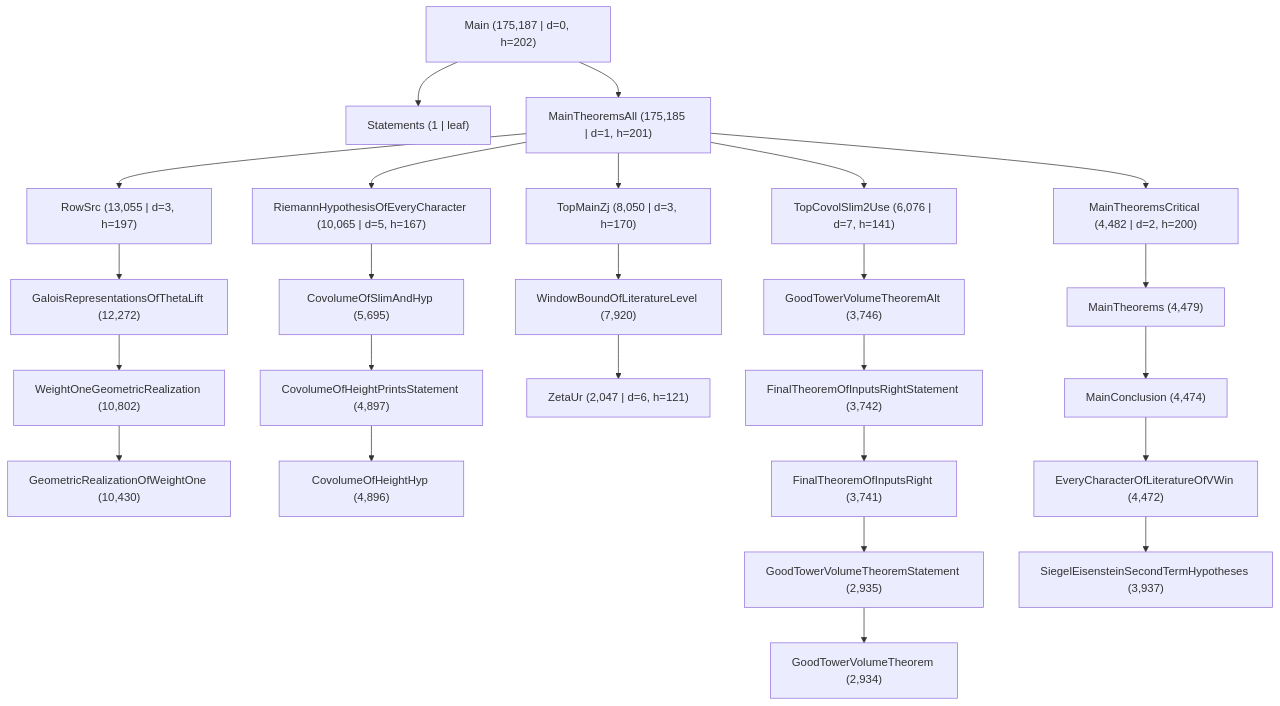
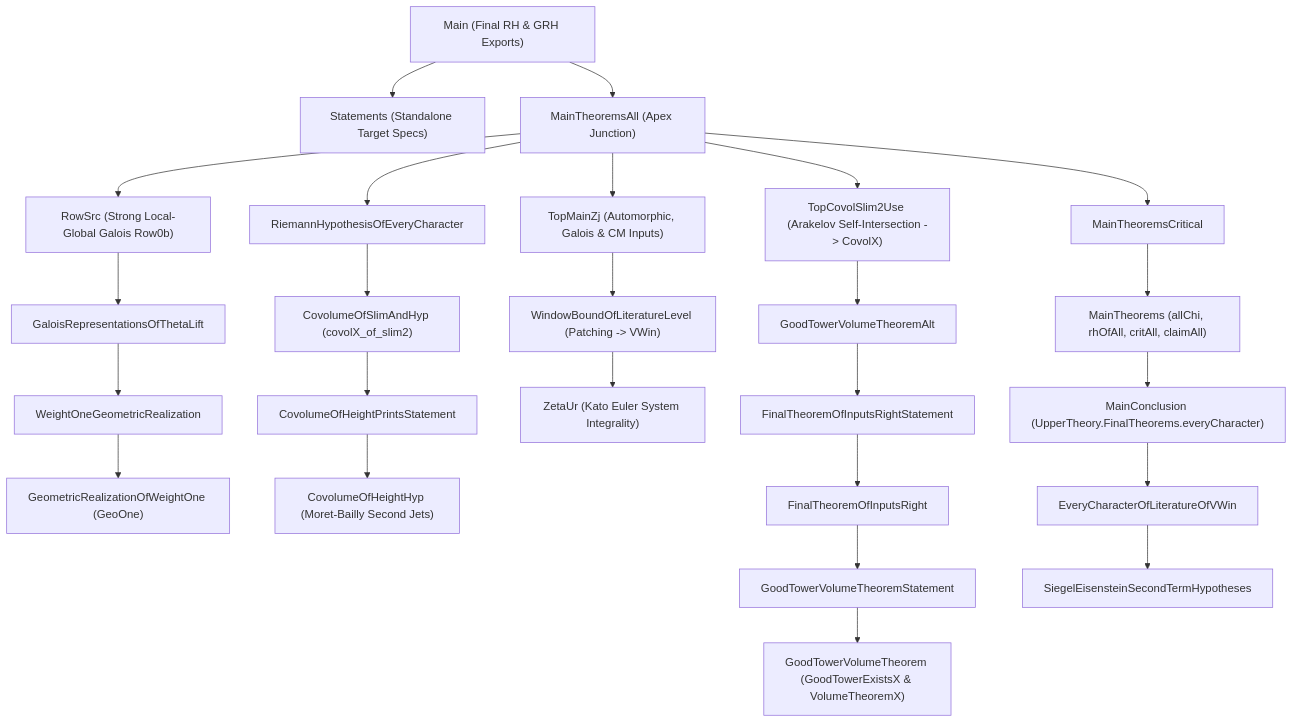
Before and after one commit to ZacharyVernec/riemann-proof-explorer: the diagram in analysis/proof_spine/PROOF_SPINE_REPORT.md, drawn with Mermaid. The commit also changed other lines of this file and 14 other files, not shown here.

````diff
--- a/analysis/proof_spine/PROOF_SPINE_REPORT.md
+++ b/analysis/proof_spine/PROOF_SPINE_REPORT.md
@@ -96,32 +66,32 @@
 ```mermaid
 flowchart TD
-    M["Main (175,187 | d=0, h=202)"] --> S["Statements (1 | leaf)"]
-    M --> MTA["MainTheoremsAll (175,185 | d=1, h=201)"]
+    M["Main (Final RH & GRH Exports)"] --> S["Statements (Standalone Target Specs)"]
+    M --> MTA["MainTheoremsAll (Apex Junction)"]
 
-    MTA --> RS["RowSrc (13,055 | d=3, h=197)"]
-    RS --> GRTL["GaloisRepresentationsOfThetaLift (12,272)"]
-    GRTL --> WOGR["WeightOneGeometricRealization (10,802)"]
-    WOGR --> GRWO["GeometricRealizationOfWeightOne (10,430)"]
+    MTA --> RS["RowSrc (Strong Local-Global Galois Row0b)"]
+    RS --> GRTL["GaloisRepresentationsOfThetaLift"]
+    GRTL --> WOGR["WeightOneGeometricRealization"]
+    WOGR --> GRWO["GeometricRealizationOfWeightOne (GeoOne)"]
 
-    MTA --> RHEC["RiemannHypothesisOfEveryCharacter (10,065 | d=5, h=167)"]
-    RHEC --> CSH["CovolumeOfSlimAndHyp (5,695)"]
-    CSH --> CHPS["CovolumeOfHeightPrintsStatement (4,897)"]
-    CHPS --> CHH["CovolumeOfHeightHyp (4,896)"]
+    MTA --> RHEC["RiemannHypothesisOfEveryCharacter"]
+    RHEC --> CSH["CovolumeOfSlimAndHyp (covolX_of_slim2)"]
+    CSH --> CHPS["CovolumeOfHeightPrintsStatement"]
+    CHPS --> CHH["CovolumeOfHeightHyp (Moret-Bailly Second Jets)"]
 
-    MTA --> TMZ["TopMainZj (8,050 | d=3, h=170)"]
-    TMZ --> WB["WindowBoundOfLiteratureLevel (7,920)"]
-    WB --> ZU["ZetaUr (2,047 | d=6, h=121)"]
+    MTA --> TMZ["TopMainZj (Automorphic, Galois & CM Inputs)"]
+    TMZ --> WB["WindowBoundOfLiteratureLevel (Patching -> VWin)"]
+    WB --> ZU["ZetaUr (Kato Euler System Integrality)"]
 
-    MTA --> TCS["TopCovolSlim2Use (6,076 | d=7, h=141)"]
-    TCS --> GTVA["GoodTowerVolumeTheoremAlt (3,746)"]
-    GTVA --> FTIRS["FinalTheoremOfInputsRightStatement (3,742)"]
-    FTIRS --> FTIR["FinalTheoremOfInputsRight (3,741)"]
-    FTIR --> GTVS["GoodTowerVolumeTheoremStatement (2,935)"]
-    GTVS --> GTV["GoodTowerVolumeTheorem (2,934)"]
+    MTA --> TCS["TopCovolSlim2Use (Arakelov Self-Intersection -> CovolX)"]
+    TCS --> GTVA["GoodTowerVolumeTheoremAlt"]
+    GTVA --> FTIRS["FinalTheoremOfInputsRightStatement"]
+    FTIRS --> FTIR["FinalTheoremOfInputsRight"]
+    FTIR --> GTVS["GoodTowerVolumeTheoremStatement"]
+    GTVS --> GTV["GoodTowerVolumeTheorem (GoodTowerExistsX & VolumeTheoremX)"]
 
-    MTA --> MTC["MainTheoremsCritical (4,482 | d=2, h=200)"]
-    MTC --> MT["MainTheorems (4,479)"]
-    MT --> MC["MainConclusion (4,474)"]
-    MC --> EC["EveryCharacterOfLiteratureOfVWin (4,472)"]
-    EC --> SEST["SiegelEisensteinSecondTermHypotheses (3,937)"]
+    MTA --> MTC["MainTheoremsCritical"]
+    MTC --> MT["MainTheorems (allChi, rhOfAll, critAll, claimAll)"]
+    MT --> MC["MainConclusion (UpperTheory.FinalTheorems.everyCharacter)"]
+    MC --> EC["EveryCharacterOfLiteratureOfVWin"]
+    EC --> SEST["SiegelEisensteinSecondTermHypotheses"]
 ```
````
